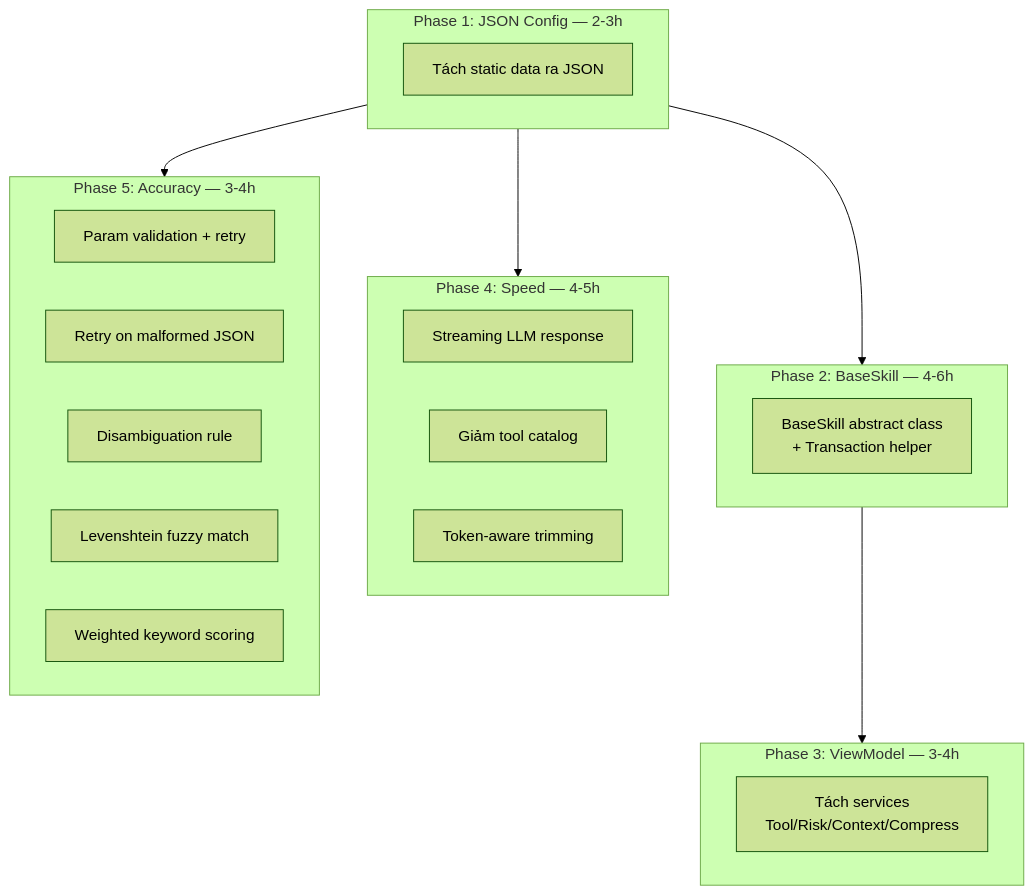
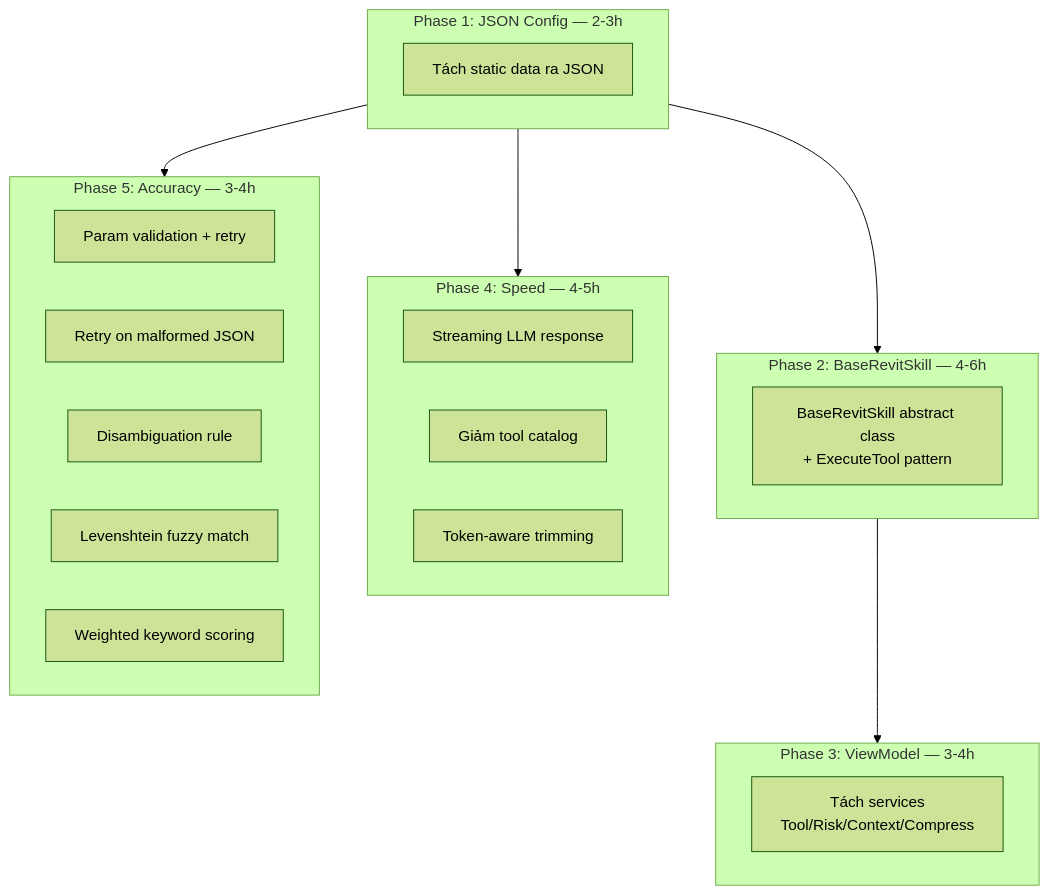
The seventh of 7 diagrams in docs/code-optimization-proposals.md (HuyDamDCMvn/RevitCode_Reseaching), drawn with Mermaid (forest theme) before and after one commit. The commit also changed other lines of this file and 40 other files, not shown here.

First line of the commit message:
Refactor: ExecuteTool template method, few-shot cache, consistency fixes

````diff
--- a/docs/code-optimization-proposals.md
+++ b/docs/code-optimization-proposals.md
@@ -840,33 +828,33 @@
 ```mermaid
 graph TD
   subgraph phase1 [Phase 1: JSON Config — 2-3h]
     D1["Tách static data ra JSON"]
   end
 
-  subgraph phase2 [Phase 2: BaseSkill — 4-6h]
-    D2["BaseSkill abstract class\n+ Transaction helper"]
+  subgraph phase2 [Phase 2: BaseRevitSkill — 4-6h]
+    D2["BaseRevitSkill abstract class\n+ ExecuteTool pattern"]
   end
 
   subgraph phase3 [Phase 3: ViewModel — 3-4h]
     D3["Tách services\nTool/Risk/Context/Compress"]
   end
 
   subgraph phase4 [Phase 4: Speed — 4-5h]
     E1["Streaming LLM response"]
     E2["Giảm tool catalog"]
     E3["Token-aware trimming"]
   end
 
   subgraph phase5 [Phase 5: Accuracy — 3-4h]
     F1["Param validation + retry"]
     F3["Retry on malformed JSON"]
     F5["Disambiguation rule"]
     F2["Levenshtein fuzzy match"]
     F4["Weighted keyword scoring"]
   end
 
   phase1 --> phase2
   phase2 --> phase3
   phase1 --> phase4
   phase1 --> phase5
 ```
````
